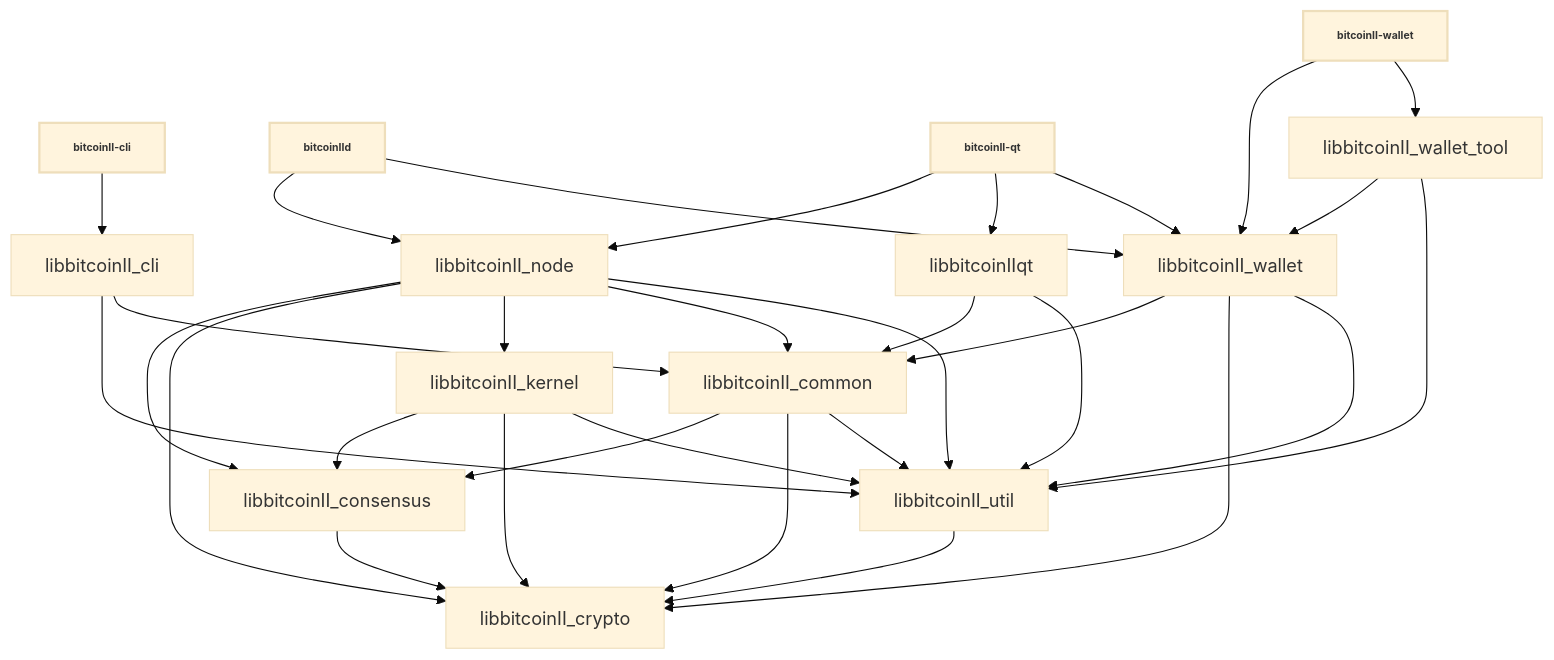
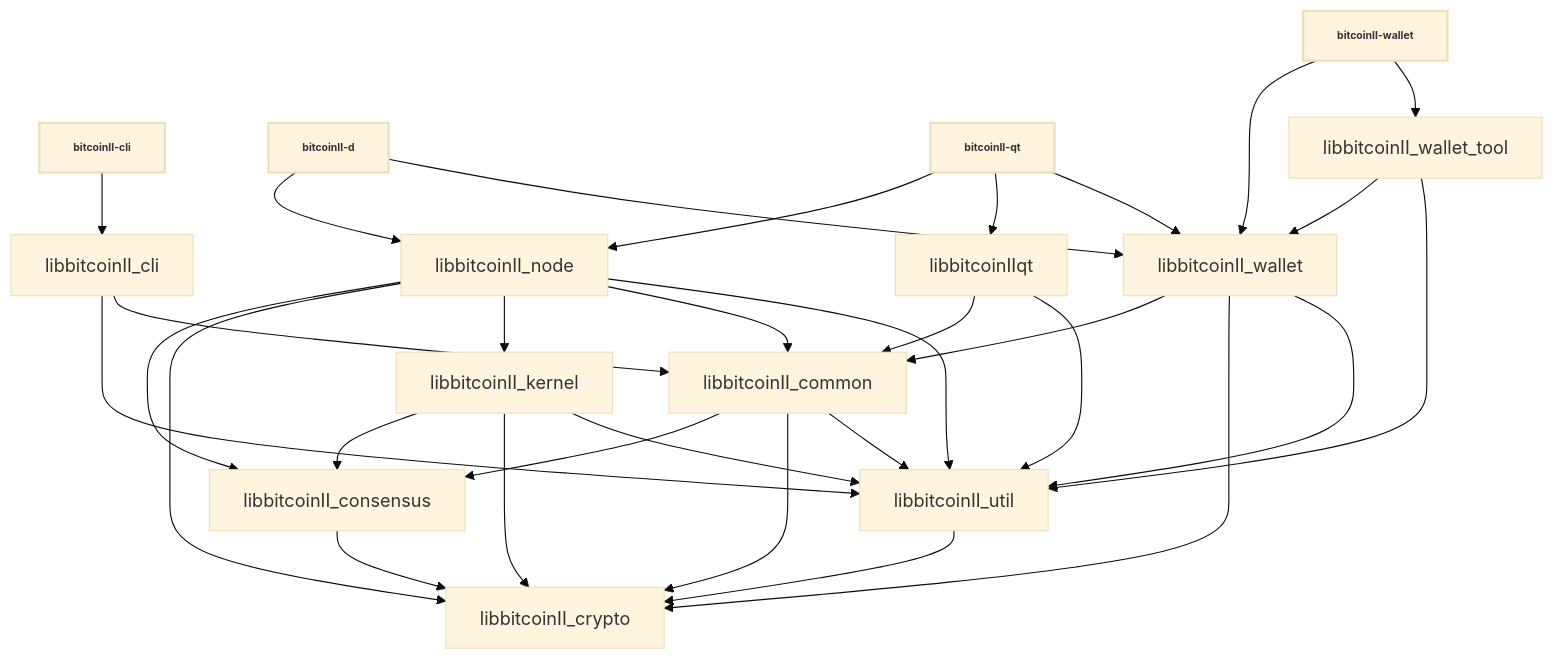
One commit to Bitcoin-II/Development changed the diagram in doc/design/libraries.md. Above: the diagram before and after it, drawn with Mermaid (base theme). The commit also changed other lines of this file and 472 other files, not shown here.

````diff
--- a/doc/design/libraries.md
+++ b/doc/design/libraries.md
@@ -36,52 +36,52 @@
 ```mermaid
 
 %%{ init : { "flowchart" : { "curve" : "basis" }}}%%
 
 graph TD;
 
 bitcoinII-cli[bitcoinII-cli]-->libbitcoinII_cli;
 
-bitcoinIId[bitcoinIId]-->libbitcoinII_node;
-bitcoinIId[bitcoinIId]-->libbitcoinII_wallet;
+bitcoinII-d[bitcoinII-d]-->libbitcoinII_node;
+bitcoinII-d[bitcoinII-d]-->libbitcoinII_wallet;
 
 bitcoinII-qt[bitcoinII-qt]-->libbitcoinII_node;
 bitcoinII-qt[bitcoinII-qt]-->libbitcoinIIqt;
 bitcoinII-qt[bitcoinII-qt]-->libbitcoinII_wallet;
 
 bitcoinII-wallet[bitcoinII-wallet]-->libbitcoinII_wallet;
 bitcoinII-wallet[bitcoinII-wallet]-->libbitcoinII_wallet_tool;
 
 libbitcoinII_cli-->libbitcoinII_util;
 libbitcoinII_cli-->libbitcoinII_common;
 
 libbitcoinII_consensus-->libbitcoinII_crypto;
 
 libbitcoinII_common-->libbitcoinII_consensus;
 libbitcoinII_common-->libbitcoinII_crypto;
 libbitcoinII_common-->libbitcoinII_util;
 
 libbitcoinII_kernel-->libbitcoinII_consensus;
 libbitcoinII_kernel-->libbitcoinII_crypto;
 libbitcoinII_kernel-->libbitcoinII_util;
 
 libbitcoinII_node-->libbitcoinII_consensus;
 libbitcoinII_node-->libbitcoinII_crypto;
 libbitcoinII_node-->libbitcoinII_kernel;
 libbitcoinII_node-->libbitcoinII_common;
 libbitcoinII_node-->libbitcoinII_util;
 
 libbitcoinIIqt-->libbitcoinII_common;
 libbitcoinIIqt-->libbitcoinII_util;
 
 libbitcoinII_util-->libbitcoinII_crypto;
 
 libbitcoinII_wallet-->libbitcoinII_common;
 libbitcoinII_wallet-->libbitcoinII_crypto;
 libbitcoinII_wallet-->libbitcoinII_util;
 
 libbitcoinII_wallet_tool-->libbitcoinII_wallet;
 libbitcoinII_wallet_tool-->libbitcoinII_util;
 
 classDef bold stroke-width:2px, font-weight:bold, font-size: smaller;
-class bitcoinII-qt,bitcoinIId,bitcoinII-cli,bitcoinII-wallet bold
+class bitcoinII-qt,bitcoinII-d,bitcoinII-cli,bitcoinII-wallet bold
 ```
````
